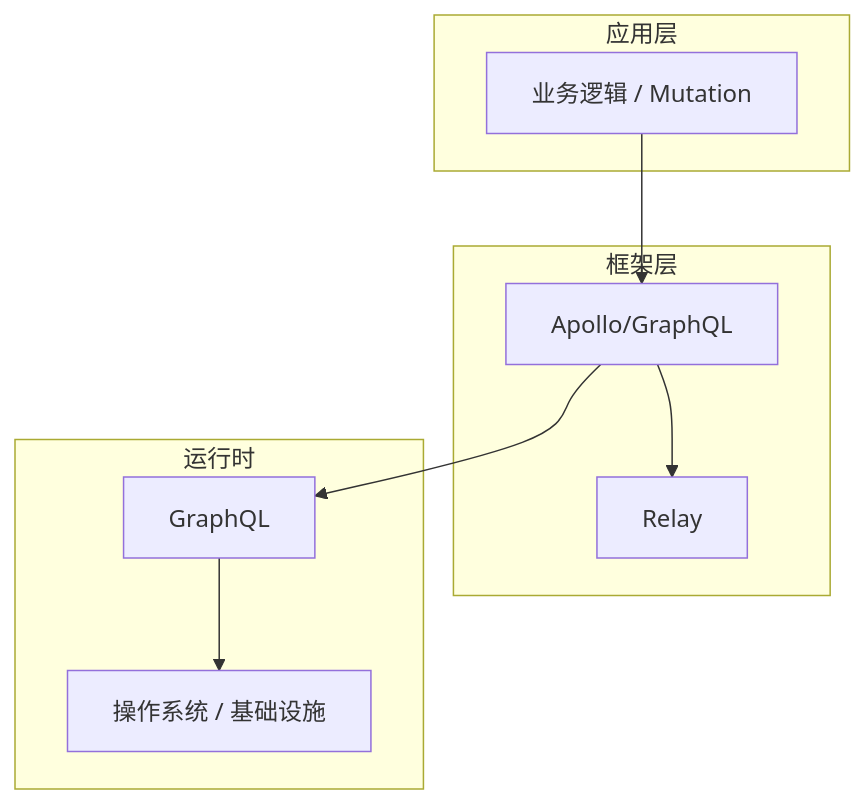
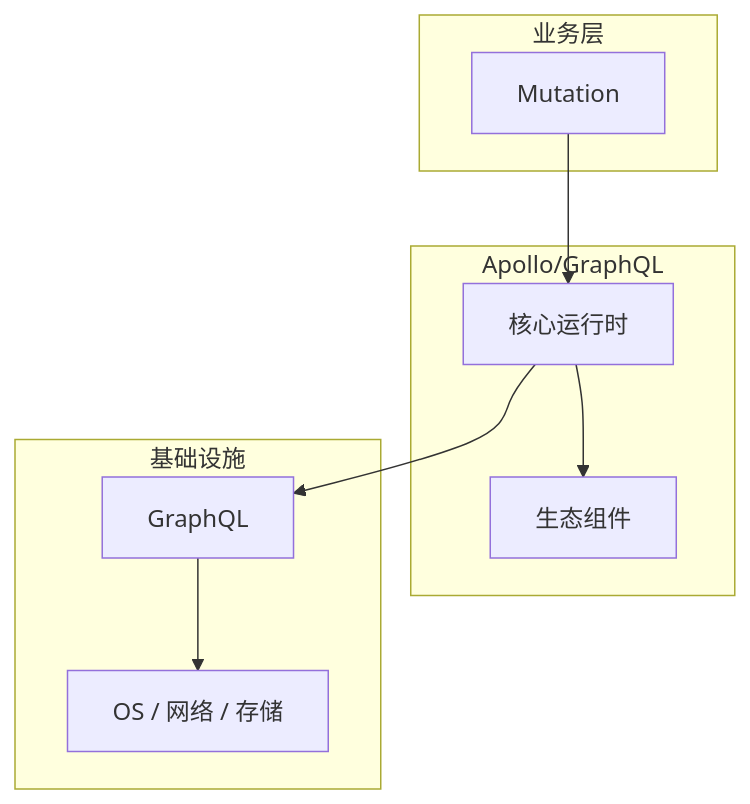
The diagram in articles/GraphQL/chapters/016-Mutation核心概念与原理.md (yanggan2015/knowledge-json-v2), drawn with Mermaid before and after one commit. The commit also changed other lines of this file and 10127 other files, not shown here.

````diff
--- a/articles/GraphQL/chapters/016-Mutation核心概念与原理.md
+++ b/articles/GraphQL/chapters/016-Mutation核心概念与原理.md
@@ -45,18 +34,18 @@
 ```mermaid
 graph TB
-    subgraph 应用层
-        A[业务逻辑 / Mutation]
+    subgraph 业务层
+        A[Mutation]
     end
-    subgraph 框架层
-        B[Apollo/GraphQL]
-        C[Relay]
+    subgraph Apollo/GraphQL
+        B[核心运行时]
+        C[生态组件]
     end
-    subgraph 运行时
+    subgraph 基础设施
         D[GraphQL]
-        E[操作系统 / 基础设施]
+        E[OS / 网络 / 存储]
     end
     A --> B
     B --> C
     B --> D
     D --> E
 ```
````
